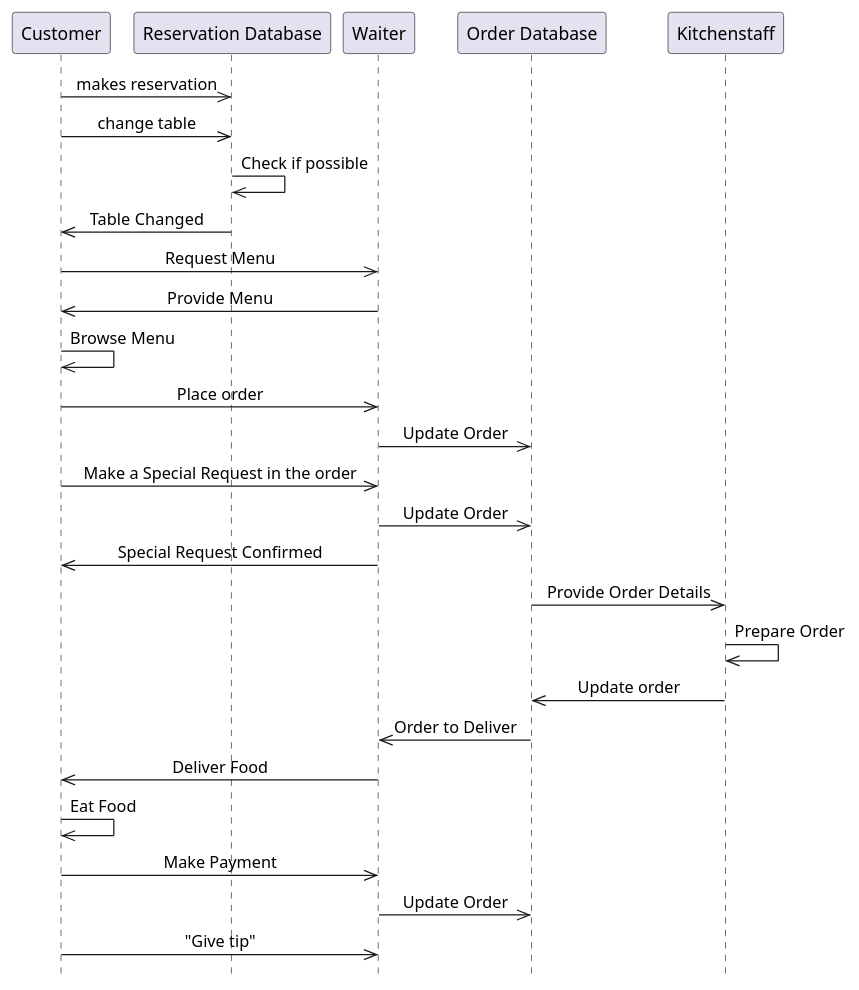
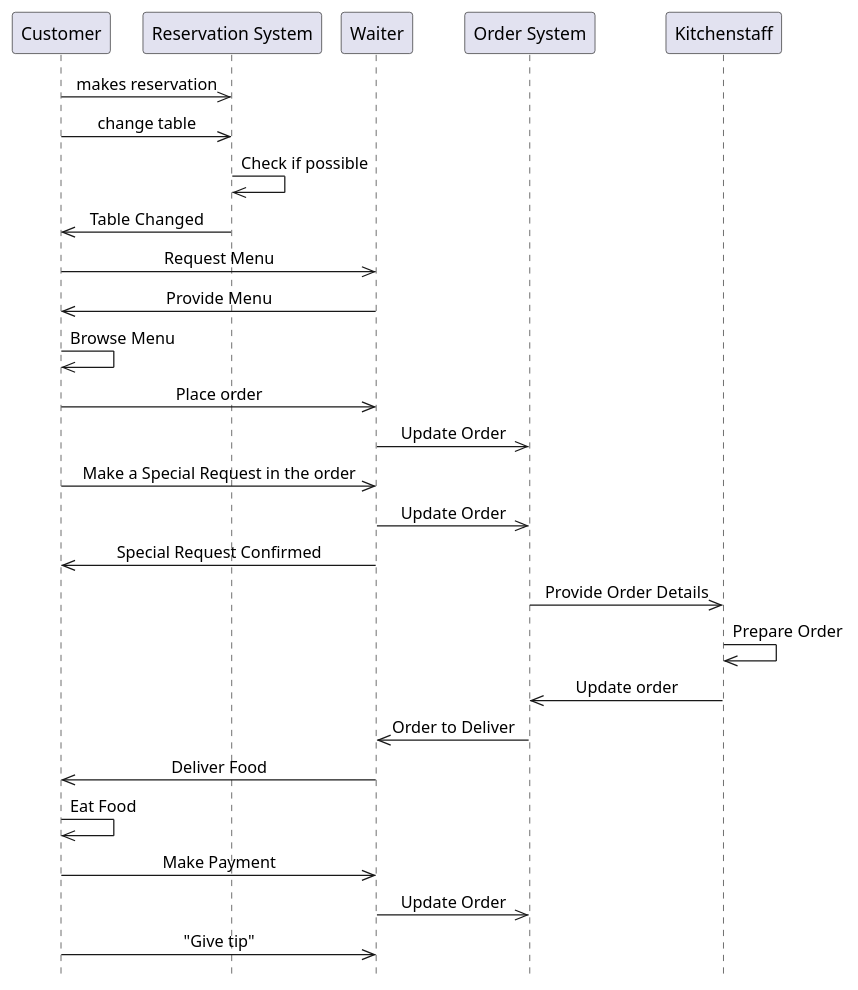
One commit to prathammanocha/RestaurantAutomationSystem changed the diagram in Sequenc2.plantuml. Above: the diagram before and after it, drawn with PlantUML. The commit also changed 1 other file, not shown here.

```diff
--- a/Sequenc2.plantuml
+++ b/Sequenc2.plantuml
@@ -1,52 +1,52 @@
-@startuml
+@startuml Sequenc2
 
 skinparam Style strictuml
 skinparam SequenceMessageAlignment center
 
-"Customer" ->> "Reservation Database" : makes reservation
+"Customer" ->> "Reservation System" : makes reservation
 
-Customer ->> "Reservation Database" : change table
+Customer ->> "Reservation System" : change table
 
-"Reservation Database" ->> "Reservation Database" : Check if possible
+"Reservation System" ->> "Reservation System" : Check if possible
 
-"Reservation Database" ->> Customer : Table Changed
+"Reservation System" ->> Customer : Table Changed
 
 Customer ->> "Waiter" : Request Menu
 
 "Waiter" ->> Customer : Provide Menu
 
 Customer ->> Customer : Browse Menu
 
 Customer ->> "Waiter" : Place order
 
-"Waiter" ->> "Order Database" : Update Order
+"Waiter" ->> "Order System" : Update Order
 
 Customer ->> "Waiter" : Make a Special Request in the order
 
-"Waiter" ->> "Order Database" : Update Order
+"Waiter" ->> "Order System" : Update Order
 
 
 "Waiter" ->> Customer : Special Request Confirmed
 
 
-"Order Database" ->> Kitchenstaff : Provide Order Details
+"Order System" ->> Kitchenstaff : Provide Order Details
 
 Kitchenstaff ->> Kitchenstaff :Prepare Order
 
-Kitchenstaff ->> "Order Database" : Update order
+Kitchenstaff ->> "Order System" : Update order
 
-"Order Database" ->> Waiter : Order to Deliver
+"Order System" ->> Waiter : Order to Deliver
 
 Waiter ->> Customer : Deliver Food
 
 Customer ->> Customer : Eat Food
 
 Customer ->> "Waiter" : Make Payment
 
-Waiter ->> "Order Database" : Update Order
+Waiter ->> "Order System" : Update Order
 
 Customer ->> Waiter :"Give tip"
 
 
 
 @enduml
```
